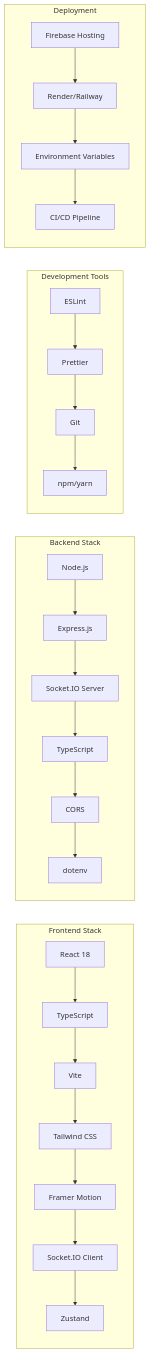
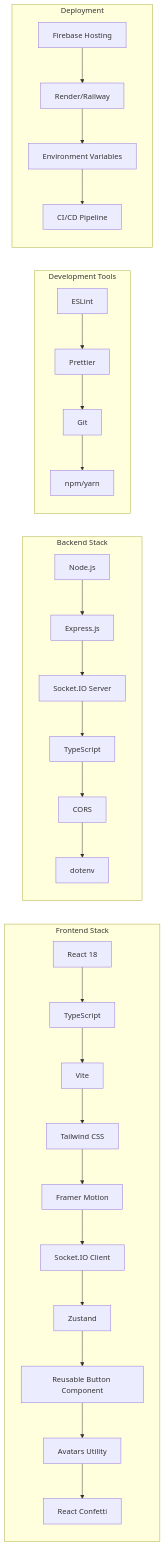
One commit to souzabruno01/CapyType-Race changed the third of 6 diagrams in capytype/ARCHITECTURE.md. Above: the diagram before and after it, drawn with Mermaid. The commit also changed other lines of this file and 8 other files, not shown here.

````diff
--- a/capytype/ARCHITECTURE.md
+++ b/capytype/ARCHITECTURE.md
@@ -107,31 +114,34 @@
 ```mermaid
 graph LR
     subgraph "Frontend Stack"
         A[React 18] --> B[TypeScript]
         B --> C[Vite]
         C --> D[Tailwind CSS]
         D --> E[Framer Motion]
         E --> F[Socket.IO Client]
         F --> G[Zustand]
+        G --> H[Reusable Button Component]
+        H --> I[Avatars Utility]
+        I --> J[React Confetti]
     end
     
     subgraph "Backend Stack"
-        H[Node.js] --> I[Express.js]
-        I --> J[Socket.IO Server]
-        J --> K[TypeScript]
-        K --> L[CORS]
-        L --> M[dotenv]
+        K[Node.js] --> L[Express.js]
+        L --> M[Socket.IO Server]
+        M --> N[TypeScript]
+        N --> O[CORS]
+        O --> P[dotenv]
     end
     
     subgraph "Development Tools"
-        N[ESLint] --> O[Prettier]
-        O --> P[Git]
-        P --> Q[npm/yarn]
+        Q[ESLint] --> R[Prettier]
+        R --> S[Git]
+        S --> T[npm/yarn]
     end
     
     subgraph "Deployment"
-        R[Firebase Hosting] --> S[Render/Railway]
-        S --> T[Environment Variables]
-        T --> U[CI/CD Pipeline]
+        U[Firebase Hosting] --> V[Render/Railway]
+        V --> W[Environment Variables]
+        W --> X[CI/CD Pipeline]
     end
 ```
````
